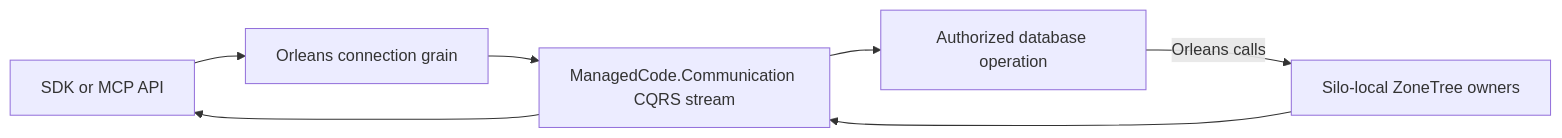
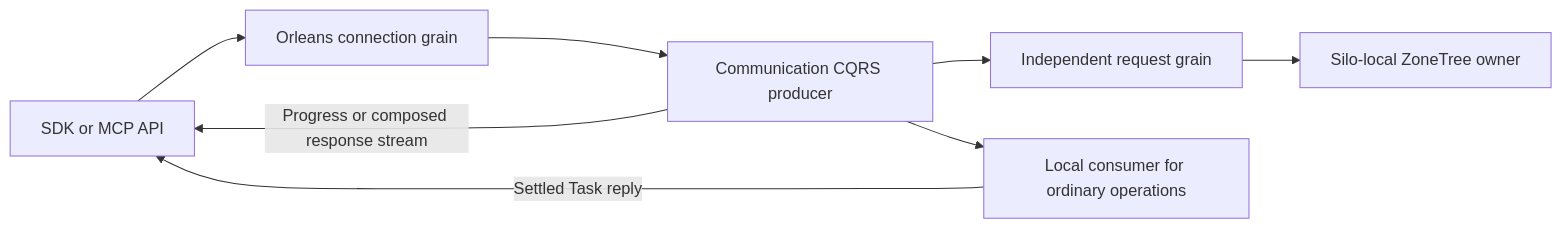
Before and after one commit to managedcode/KeyLoad: the diagram in docs/ADR/ADR-082-cqrs-streams.md, drawn with Mermaid. The commit also changed other lines of this file and 11 other files, not shown here.

First line of the commit message:
Consume ordinary CQRS responses on the connection grain

````diff
--- a/docs/ADR/ADR-082-cqrs-streams.md
+++ b/docs/ADR/ADR-082-cqrs-streams.md
@@ -18,9 +23,10 @@
 ```mermaid
 flowchart LR
     API[SDK or MCP API] --> Connection[Orleans connection grain]
-    Connection --> CQRS[ManagedCode.Communication CQRS stream]
-    CQRS --> Operation[Authorized database operation]
-    Operation -->|Orleans calls| Storage[Silo-local ZoneTree owners]
-    Storage --> CQRS
-    CQRS --> API
+    Connection --> CQRS[Communication CQRS producer]
+    CQRS --> Request[Independent request grain]
+    Request --> Storage[Silo-local ZoneTree owner]
+    CQRS --> Local[Local consumer for ordinary operations]
+    Local -->|Settled Task reply| API
+    CQRS -->|Progress or composed response stream| API
 ```
````
